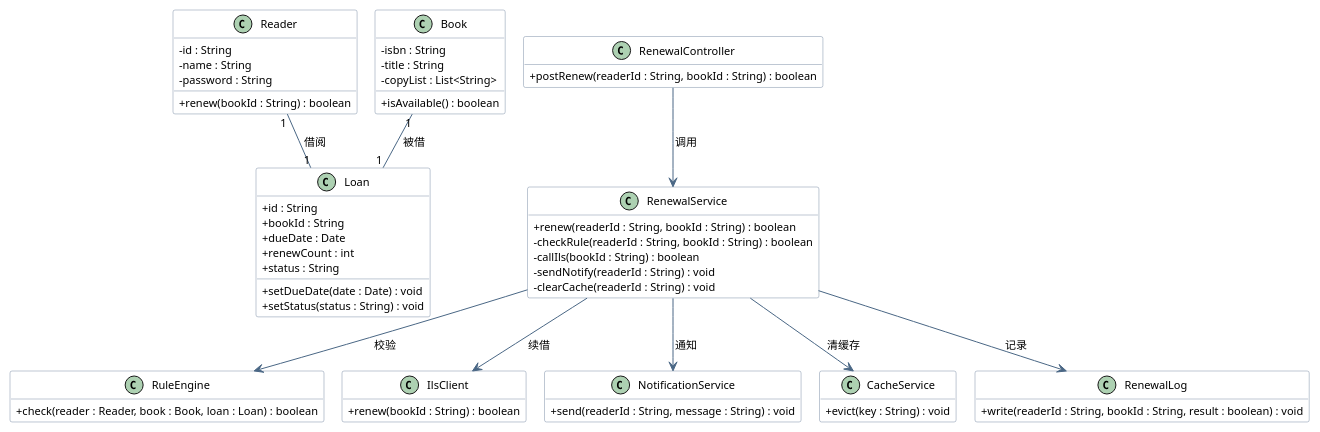
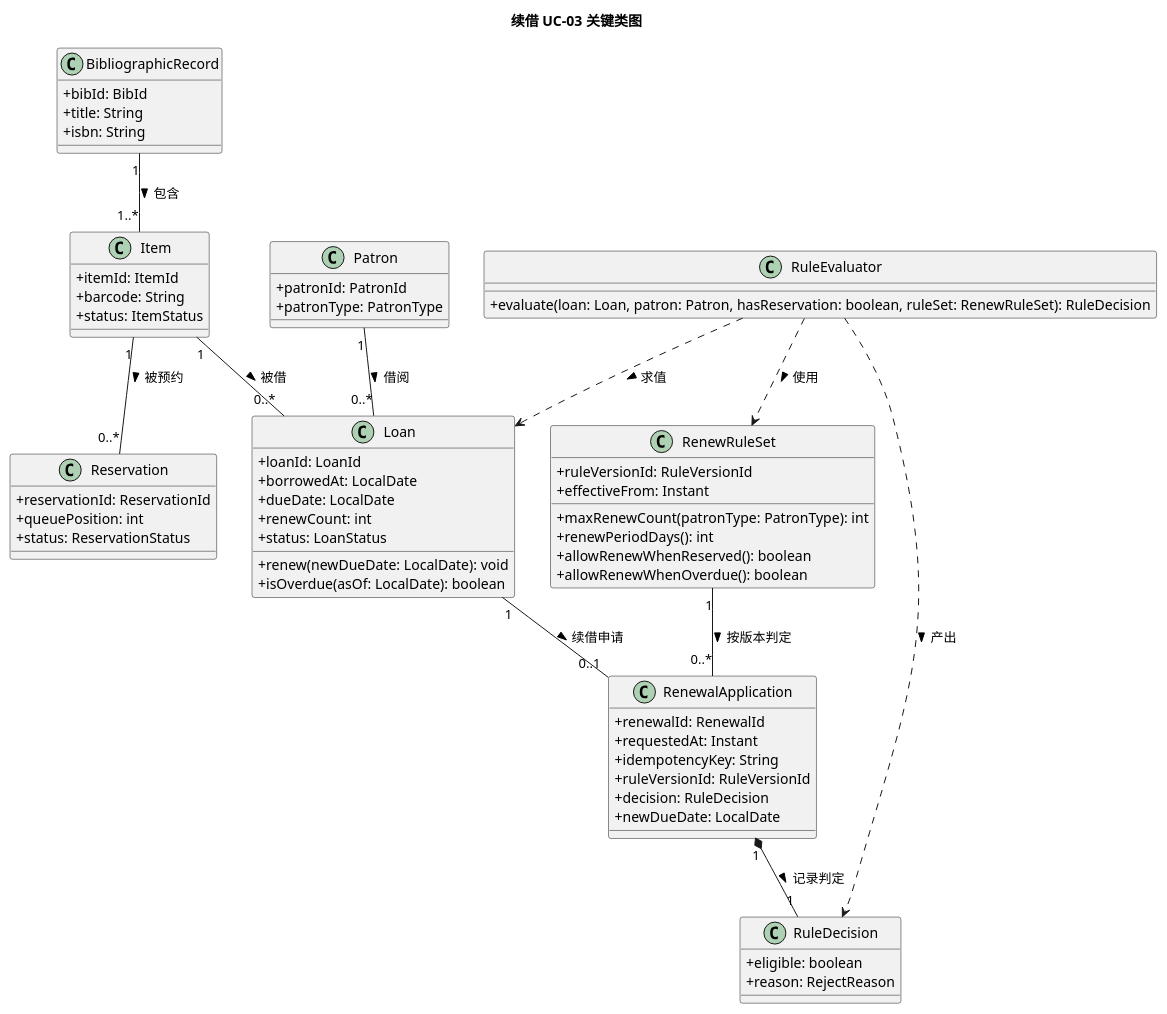
One commit to Longqc666/OOProject changed the diagram in 实验二/puml/14_AI_class_raw.puml. Above: the diagram before and after it, drawn with PlantUML. The commit also changed 6 other files, not shown here.

Commit message:
实验二 活动3：替换为 DeepSeek 网页版真实输出（方案一/方案二/关键类图）

```diff
--- a/实验二/puml/14_AI_class_raw.puml
+++ b/实验二/puml/14_AI_class_raw.puml
@@ -1,79 +1,76 @@
 @startuml
-!pragma layout smetana
-skinparam defaultFontName "Microsoft YaHei"
-skinparam defaultFontSize 11
-skinparam shadowing false
-skinparam roundCorner 4
+title 续借 UC-03 关键类图
+
 skinparam classAttributeIconSize 0
-skinparam class {
-  BackgroundColor #FFFFFF
-  BorderColor #7C8FA6
-  ArrowColor #4A6785
-}
-hide empty members
 
-class "Reader" as Reader {
-  - id : String
-  - name : String
-  - password : String
-  + renew(bookId : String) : boolean
+class Patron {
+  +patronId: PatronId
+  +patronType: PatronType
 }
 
-class "Book" as Book {
-  - isbn : String
-  - title : String
-  - copyList : List<String>
-  + isAvailable() : boolean
+class BibliographicRecord {
+  +bibId: BibId
+  +title: String
+  +isbn: String
 }
 
-class "Loan" as Loan {
-  + id : String
-  + bookId : String
-  + dueDate : Date
-  + renewCount : int
-  + status : String
-  + setDueDate(date : Date) : void
-  + setStatus(status : String) : void
+class Item {
+  +itemId: ItemId
+  +barcode: String
+  +status: ItemStatus
 }
 
-class "RenewalController" as Controller {
-  + postRenew(readerId : String, bookId : String) : boolean
+class Loan {
+  +loanId: LoanId
+  +borrowedAt: LocalDate
+  +dueDate: LocalDate
+  +renewCount: int
+  +status: LoanStatus
+  +renew(newDueDate: LocalDate): void
+  +isOverdue(asOf: LocalDate): boolean
 }
 
-class "RenewalService" as Service {
-  + renew(readerId : String, bookId : String) : boolean
-  - checkRule(readerId : String, bookId : String) : boolean
-  - callIls(bookId : String) : boolean
-  - sendNotify(readerId : String) : void
-  - clearCache(readerId : String) : void
+class Reservation {
+  +reservationId: ReservationId
+  +queuePosition: int
+  +status: ReservationStatus
 }
 
-class "RuleEngine" as Rule {
-  + check(reader : Reader, book : Book, loan : Loan) : boolean
+class RenewRuleSet {
+  +ruleVersionId: RuleVersionId
+  +effectiveFrom: Instant
+  +maxRenewCount(patronType: PatronType): int
+  +renewPeriodDays(): int
+  +allowRenewWhenReserved(): boolean
+  +allowRenewWhenOverdue(): boolean
 }
 
-class "IlsClient" as Ils {
-  + renew(bookId : String) : boolean
+class RuleEvaluator {
+  +evaluate(loan: Loan, patron: Patron, hasReservation: boolean, ruleSet: RenewRuleSet): RuleDecision
 }
 
-class "NotificationService" as Notify {
-  + send(readerId : String, message : String) : void
+class RenewalApplication {
+  +renewalId: RenewalId
+  +requestedAt: Instant
+  +idempotencyKey: String
+  +ruleVersionId: RuleVersionId
+  +decision: RuleDecision
+  +newDueDate: LocalDate
 }
 
-class "CacheService" as Cache {
-  + evict(key : String) : void
+class RuleDecision {
+  +eligible: boolean
+  +reason: RejectReason
 }
 
-class "RenewalLog" as Log {
-  + write(readerId : String, bookId : String, result : boolean) : void
-}
-
-Controller --> Service : 调用
-Service --> Rule : 校验
-Service --> Ils : 续借
-Service --> Notify : 通知
-Service --> Cache : 清缓存
-Service --> Log : 记录
-Reader "1" -- "1" Loan : 借阅
-Book "1" -- "1" Loan : 被借
+Patron "1" -- "0..*" Loan : 借阅 >
+BibliographicRecord "1" -- "1..*" Item : 包含 >
+Item "1" -- "0..*" Loan : 被借 >
+Item "1" -- "0..*" Reservation : 被预约 >
+Loan "1" -- "0..1" RenewalApplication : 续借申请 >
+RenewRuleSet "1" -- "0..*" RenewalApplication : 按版本判定 >
+RuleEvaluator ..> RenewRuleSet : 使用 >
+RuleEvaluator ..> Loan : 求值 >
+RuleEvaluator ..> RuleDecision : 产出 >
+RenewalApplication "1" *-- "1" RuleDecision : 记录判定 >
 @enduml
```
